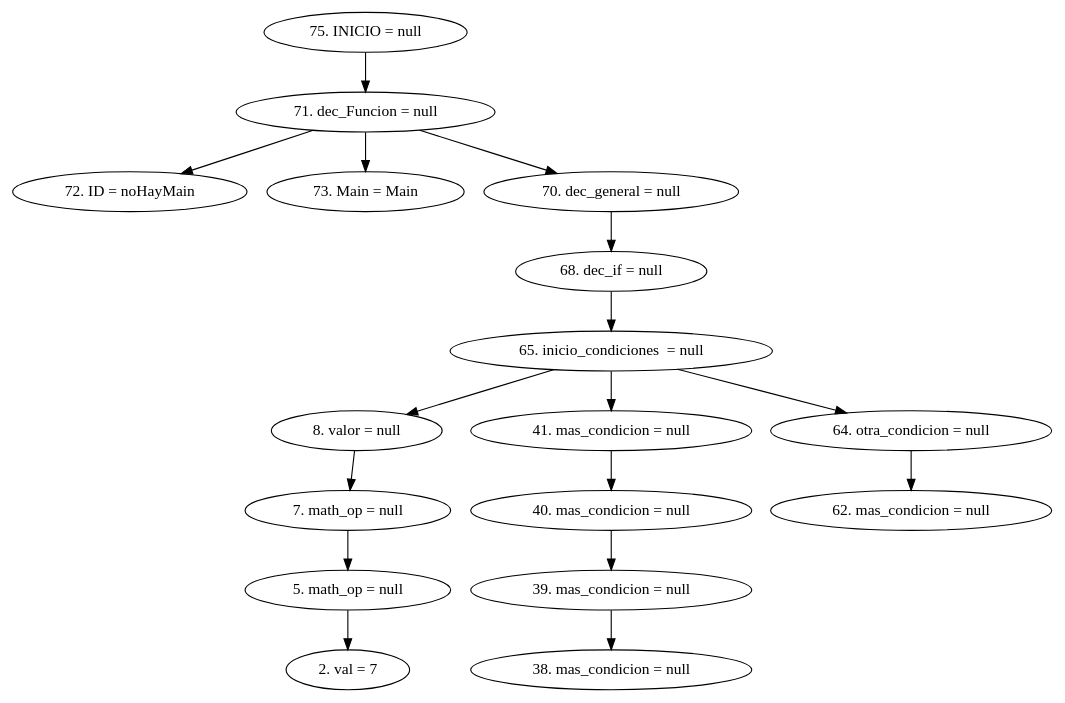
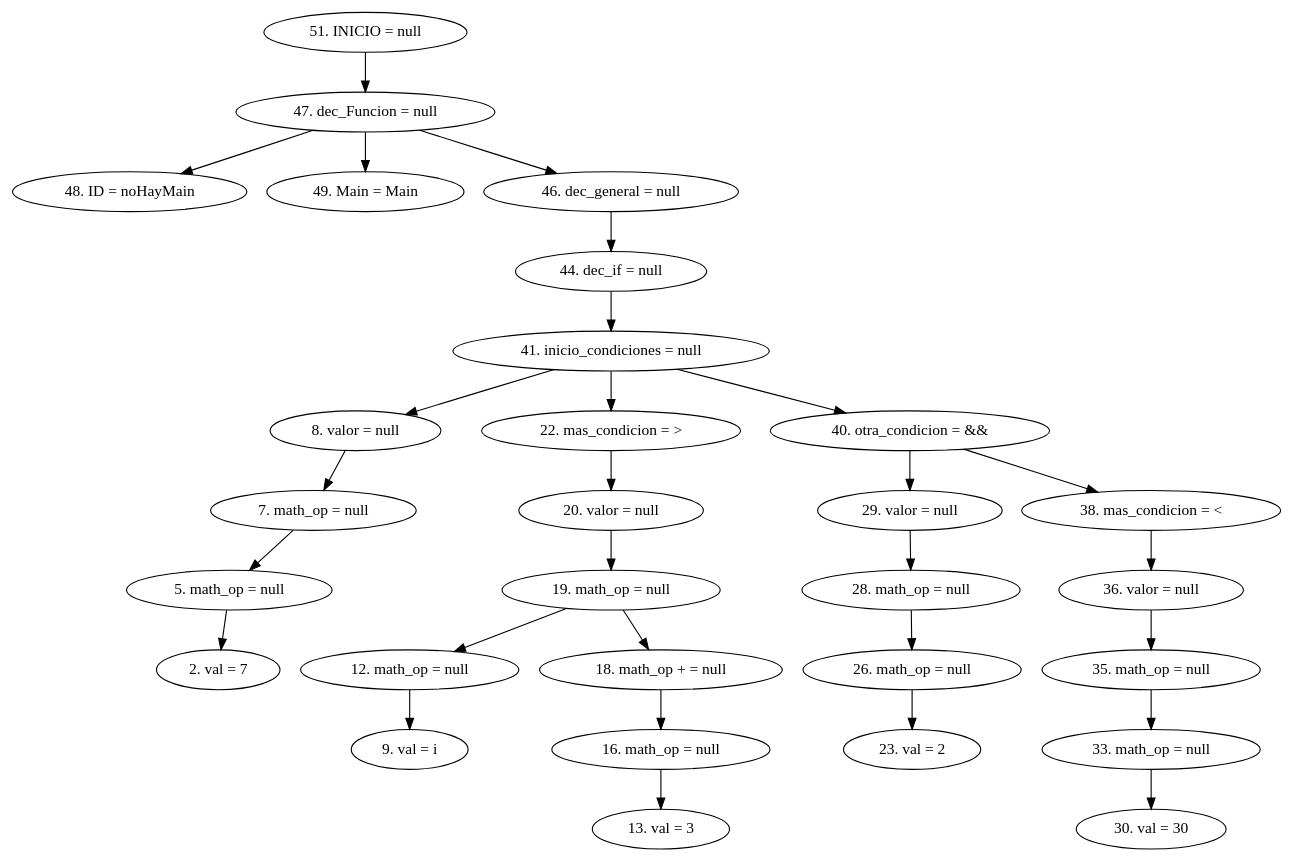
One commit to CarlosSosVos/NACHTs changed the diagram in AST.dot. Above: the diagram before and after it, drawn with Graphviz. The commit also changed 7 other files, not shown here.

```diff
--- a/AST.dot
+++ b/AST.dot
@@ -1,20 +1,32 @@
 digraph G {
-"75. INICIO = null"->"71. dec_Funcion = null"
-"71. dec_Funcion = null"->"72. ID = noHayMain"
-"71. dec_Funcion = null"->"73. Main = Main"
-"71. dec_Funcion = null"->"70. dec_general = null"
-"70. dec_general = null"->"68. dec_if = null"
-"68. dec_if = null"->"65. inicio_condiciones  = null"
-"65. inicio_condiciones  = null"->"8. valor = null"
+"51. INICIO = null"->"47. dec_Funcion = null"
+"47. dec_Funcion = null"->"48. ID = noHayMain"
+"47. dec_Funcion = null"->"49. Main = Main"
+"47. dec_Funcion = null"->"46. dec_general = null"
+"46. dec_general = null"->"44. dec_if = null"
+"44. dec_if = null"->"41. inicio_condiciones = null"
+"41. inicio_condiciones = null"->"8. valor = null"
 "8. valor = null"->"7. math_op = null"
 "7. math_op = null"->"5. math_op = null"
 "5. math_op = null"->"2. val = 7"
-"65. inicio_condiciones  = null"->"41. mas_condicion = null"
-"41. mas_condicion = null"->"40. mas_condicion = null"
-"40. mas_condicion = null"->"39. mas_condicion = null"
-"39. mas_condicion = null"->"38. mas_condicion = null"
-"65. inicio_condiciones  = null"->"64. otra_condicion = null"
-"64. otra_condicion = null"->"62. mas_condicion = null"
+"41. inicio_condiciones = null"->"22. mas_condicion = >"
+"22. mas_condicion = >"->"20. valor = null"
+"20. valor = null"->"19. math_op = null"
+"19. math_op = null"->"12. math_op = null"
+"12. math_op = null"->"9. val = i"
+"19. math_op = null"->"18. math_op + = null"
+"18. math_op + = null"->"16. math_op = null"
+"16. math_op = null"->"13. val = 3"
+"41. inicio_condiciones = null"->"40. otra_condicion = &&"
+"40. otra_condicion = &&"->"29. valor = null"
+"29. valor = null"->"28. math_op = null"
+"28. math_op = null"->"26. math_op = null"
+"26. math_op = null"->"23. val = 2"
+"40. otra_condicion = &&"->"38. mas_condicion = <"
+"38. mas_condicion = <"->"36. valor = null"
+"36. valor = null"->"35. math_op = null"
+"35. math_op = null"->"33. math_op = null"
+"33. math_op = null"->"30. val = 30"
 
 
 }
```
